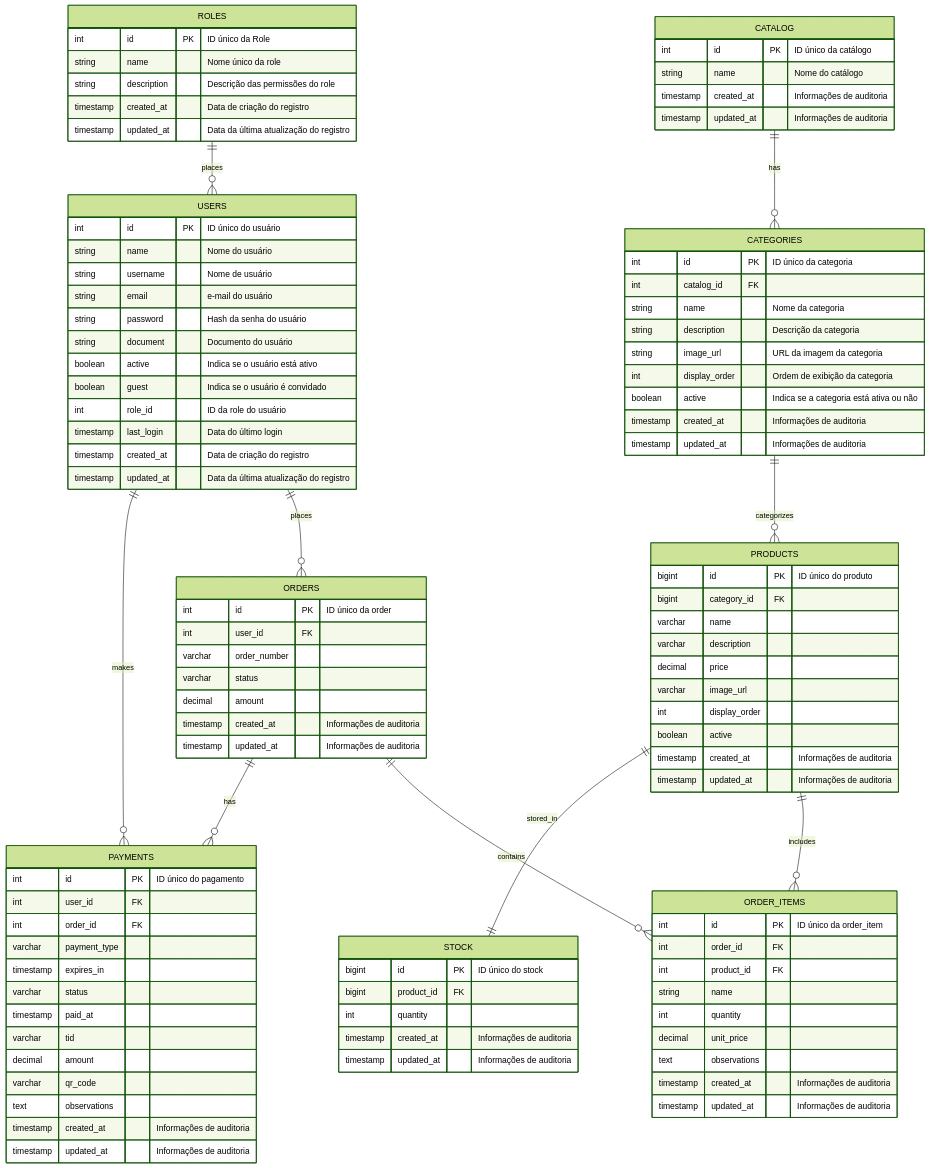
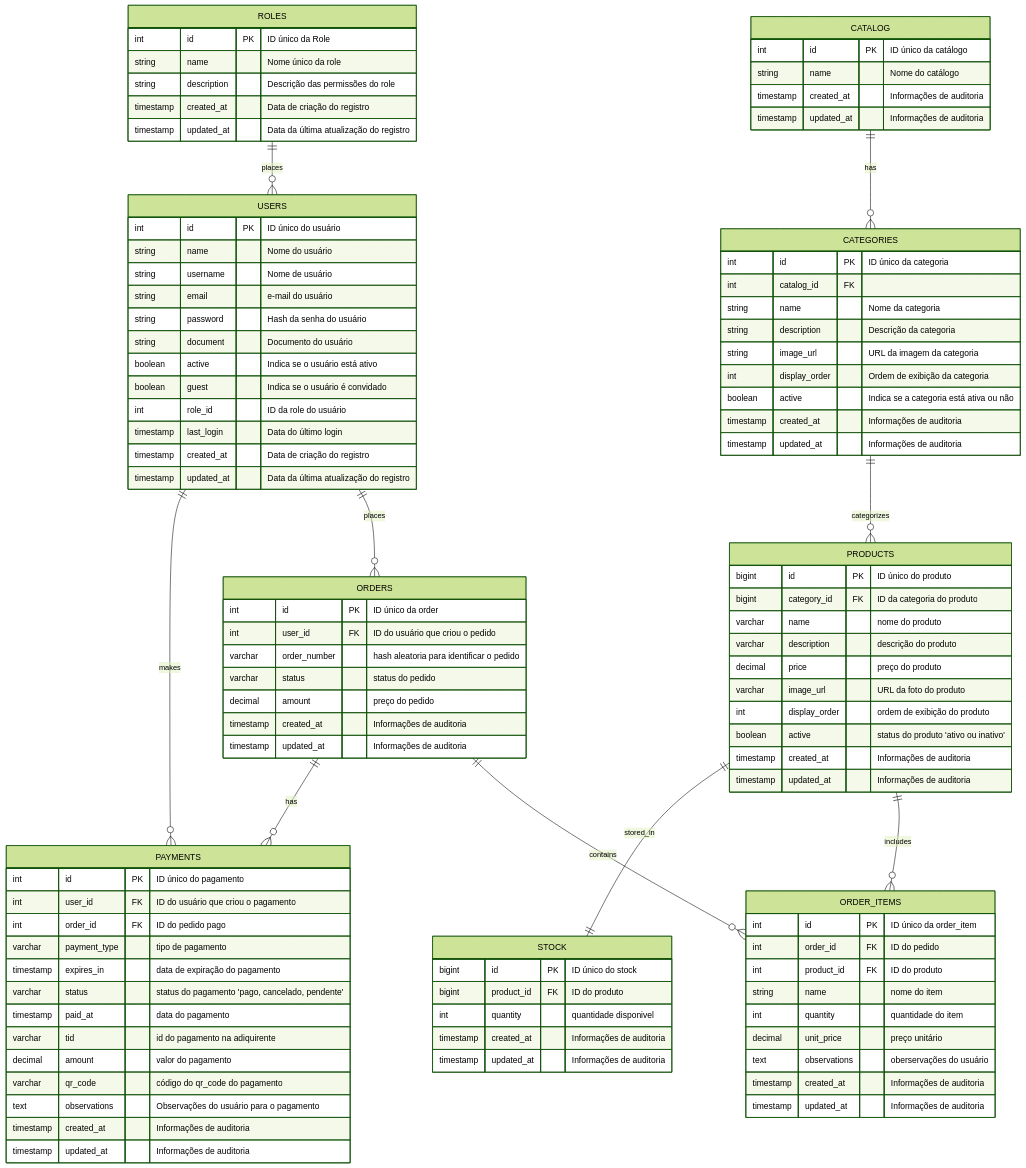
Before and after one commit to FIAP-SOAT-TECH-TEAM/foodcore-api: the fourth of 9 diagrams in README.md, drawn with Mermaid (forest theme). The commit also changed other lines of this file, not shown here.

Commit message:
docs: arruma diagramas e especificações do projeto

```diff
--- a/README.md
+++ b/README.md
@@ -276,22 +298,22 @@
 
     ORDERS {
         int id PK "ID único da order"
-        int user_id FK
-        varchar order_number
-        varchar status
-        decimal amount
+        int user_id FK "ID do usuário que criou o pedido"
+        varchar order_number "hash aleatoria para identificar o pedido"
+        varchar status "status do pedido"
+        decimal amount "preço do pedido"
         timestamp created_at "Informações de auditoria"
         timestamp updated_at "Informações de auditoria"
     }
 
     ORDER_ITEMS {
         int id PK "ID único da order_item"
-        int order_id FK
-        int product_id FK
-        string name
-        int quantity
-        decimal unit_price
-        text observations
+        int order_id FK "ID do pedido"
+        int product_id FK "ID do produto"
+        string name "nome do item"
+        int quantity "quantidade do item"
+        decimal unit_price "preço unitário"
+        text observations "oberservações do usuário"
         timestamp created_at "Informações de auditoria"
         timestamp updated_at "Informações de auditoria"
     }
@@ -317,37 +339,37 @@
 
     PRODUCTS {
         bigint id PK "ID único do produto"
-        bigint category_id FK
-        varchar name
-        varchar description
-        decimal price
-        varchar image_url
-        int display_order
-        boolean active
+        bigint category_id FK "ID da categoria do produto"
+        varchar name "nome do produto"
+        varchar description "descrição do produto"
+        decimal price "preço do produto"
+        varchar image_url "URL da foto do produto"
+        int display_order "ordem de exibição do produto"
+        boolean active "status do produto 'ativo ou inativo'"
         timestamp created_at "Informações de auditoria"
         timestamp updated_at "Informações de auditoria"
     }
 
     STOCK {
         bigint id PK "ID único do stock"
-        bigint product_id FK
-        int quantity
+        bigint product_id FK "ID do produto"
+        int quantity "quantidade disponivel"
         timestamp created_at "Informações de auditoria"
         timestamp updated_at "Informações de auditoria"
     }
 
     PAYMENTS {
         int id PK "ID único do pagamento"
-        int user_id FK
-        int order_id FK
-        varchar payment_type
-        timestamp expires_in
-        varchar status
-        timestamp paid_at
-        varchar tid
-        decimal amount
-        varchar qr_code
-        text observations
+        int user_id FK "ID do usuário que criou o pagamento"
+        int order_id FK "ID do pedido pago"
+        varchar payment_type "tipo de pagamento"
+        timestamp expires_in "data de expiração do pagamento"
+        varchar status "status do pagamento 'pago, cancelado, pendente'"
+        timestamp paid_at "data do pagamento"
+        varchar tid "id do pagamento na adiquirente"
+        decimal amount "valor do pagamento"
+        varchar qr_code "código do qr_code do pagamento"
+        text observations "Observações do usuário para o pagamento"
         timestamp created_at "Informações de auditoria"
         timestamp updated_at "Informações de auditoria"
     }
```
